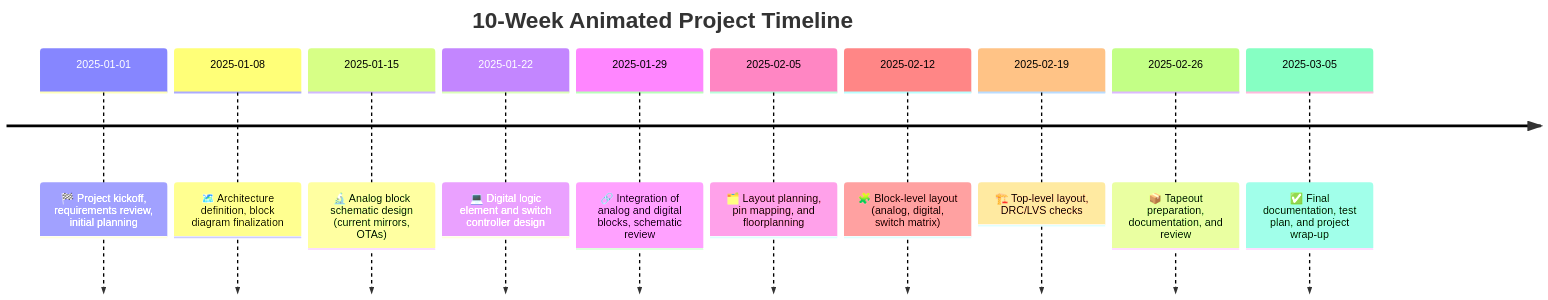
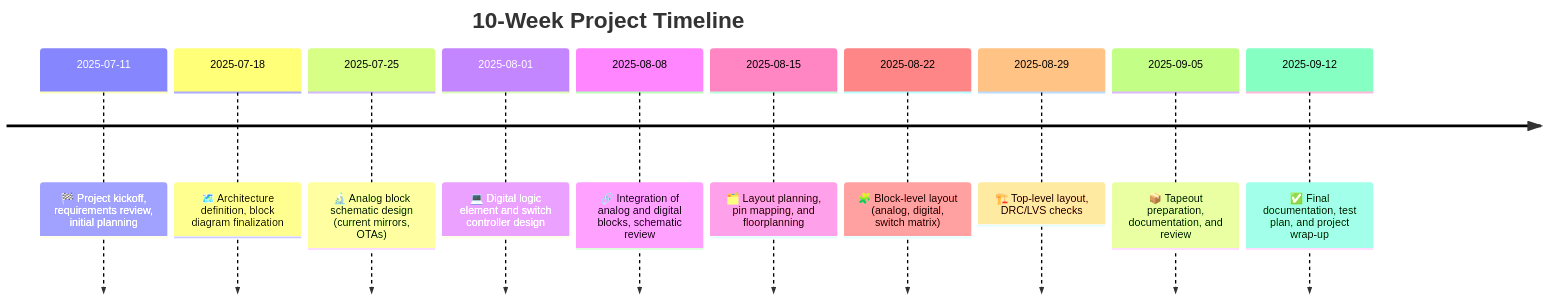
The diagram in docs/our_proposal.md (mthudaa/sscs-chipathon2025-LNA), drawn with Mermaid before and after one commit. The commit also changed other lines of this file and 1 other file, not shown here.

Commit message:
update proposal

````diff
--- a/docs/our_proposal.md
+++ b/docs/our_proposal.md
@@ -158,14 +146,14 @@
 ```mermaid
 timeline
-    title 10-Week Animated Project Timeline
-    2025-01-01 : 🏁 Project kickoff, requirements review, initial planning
-    2025-01-08 : 🗺️ Architecture definition, block diagram finalization
-    2025-01-15 : 🔬 Analog block schematic design (current mirrors, OTAs)
-    2025-01-22 : 💻 Digital logic element and switch controller design
-    2025-01-29 : 🔗 Integration of analog and digital blocks, schematic review
-    2025-02-05 : 🗂️ Layout planning, pin mapping, and floorplanning
-    2025-02-12 : 🧩 Block-level layout (analog, digital, switch matrix)
-    2025-02-19 : 🏗️ Top-level layout, DRC/LVS checks
-    2025-02-26 : 📦 Tapeout preparation, documentation, and review
-    2025-03-05 : ✅ Final documentation, test plan, and project wrap-up
+    title 10-Week Project Timeline
+    2025-07-11 : 🏁 Project kickoff, requirements review, initial planning
+    2025-07-18 : 🗺️ Architecture definition, block diagram finalization
+    2025-07-25 : 🔬 Analog block schematic design (current mirrors, OTAs)
+    2025-08-01 : 💻 Digital logic element and switch controller design
+    2025-08-08 : 🔗 Integration of analog and digital blocks, schematic review
+    2025-08-15 : 🗂️ Layout planning, pin mapping, and floorplanning
+    2025-08-22 : 🧩 Block-level layout (analog, digital, switch matrix)
+    2025-08-29 : 🏗️ Top-level layout, DRC/LVS checks
+    2025-09-05 : 📦 Tapeout preparation, documentation, and review
+    2025-09-12 : ✅ Final documentation, test plan, and project wrap-up
 ```
````
